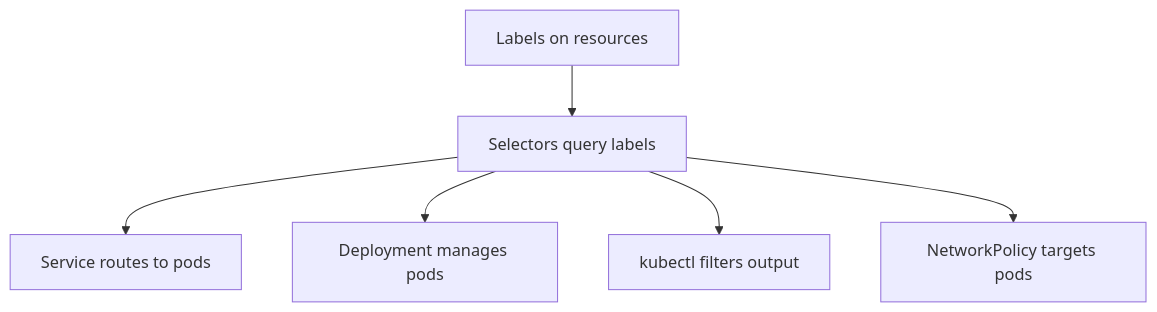
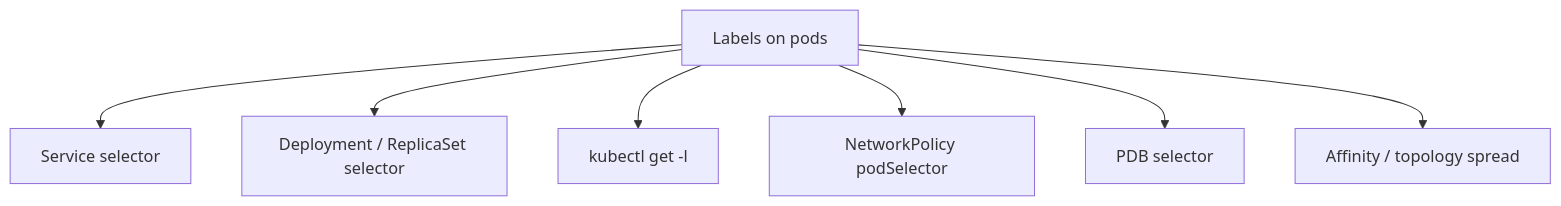
Before and after one commit to greg4fun/kubernetesrecipes.github.io: the diagram in src/content/recipes/kubernetes-labels-selectors-guide.md, drawn with Mermaid. The commit also changed other lines of this file and 403 other files, not shown here.

````diff
--- a/src/content/recipes/kubernetes-labels-selectors-guide.md
+++ b/src/content/recipes/kubernetes-labels-selectors-guide.md
@@ -109,8 +123,9 @@
 ```mermaid
 graph TD
-    A[Labels on resources] --> B[Selectors query labels]
-    B --> C[Service routes to pods]
-    B --> D[Deployment manages pods]
-    B --> E[kubectl filters output]
-    B --> F[NetworkPolicy targets pods]
+    A[Labels on pods] --> B[Service selector]
+    A --> C[Deployment / ReplicaSet selector]
+    A --> D[kubectl get -l]
+    A --> E[NetworkPolicy podSelector]
+    A --> F[PDB selector]
+    A --> G[Affinity / topology spread]
 ```
````
